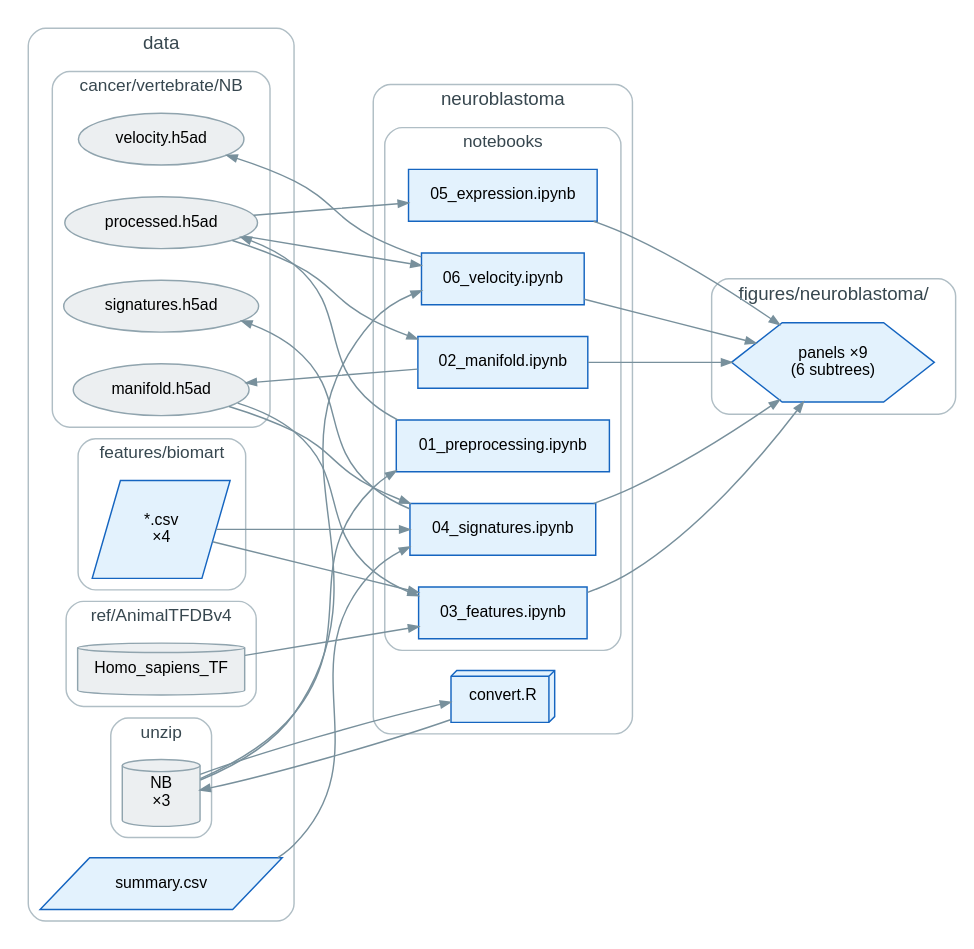
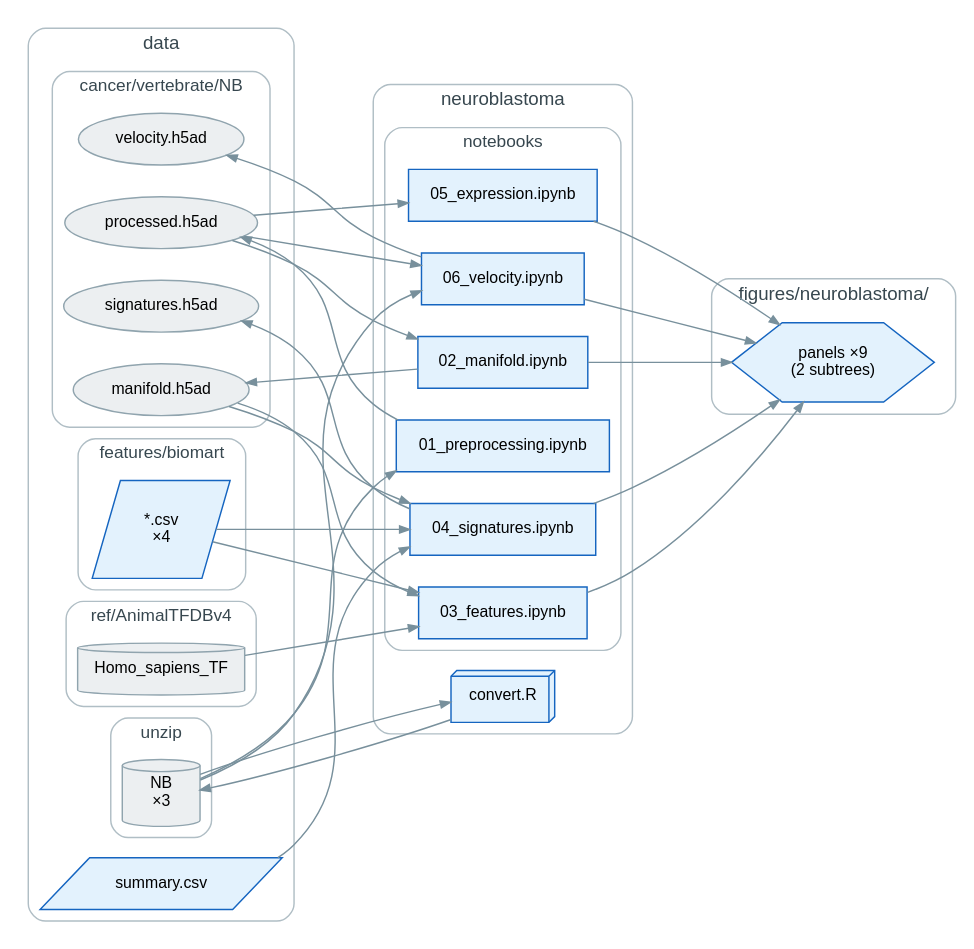
Before and after one commit to calebclayreagor/EMToolbox: the diagram in neuroblastoma/DAG/dot/neuroblastoma.dot, drawn with Graphviz. The commit also changed 15 other files, not shown here.

```diff
--- a/neuroblastoma/DAG/dot/neuroblastoma.dot
+++ b/neuroblastoma/DAG/dot/neuroblastoma.dot
@@ -1,68 +1,68 @@
 digraph G {
   rankdir=LR; splines=spline;
   graph [fontname="Helvetica", fontsize=13, nodesep=0.3, ranksep=1.1];
   node [fontname="Helvetica", fontsize=11, style="filled", margin="0.12,0.07"];
   edge [fontname="Helvetica", fontsize=9, color="#78909c", arrowsize=0.7];
   subgraph cluster_1 {
     label="data"; style="rounded"; color="#b0bec5"; fontsize=13; fontcolor="#37474f";
     n004 [label="summary.csv", shape=parallelogram, fillcolor="#e3f2fd", color="#1565c0", penwidth=1, style="filled"];
     subgraph cluster_2 {
       label="cancer/vertebrate/NB"; style="rounded"; color="#b0bec5"; fontsize=12; fontcolor="#37474f";
       n001 [label="processed.h5ad", shape=ellipse, fillcolor="#eceff1", color="#90a4ae", penwidth=1, style="filled"];
       n000 [label="manifold.h5ad", shape=ellipse, fillcolor="#eceff1", color="#90a4ae", penwidth=1, style="filled"];
       n003 [label="velocity.h5ad", shape=ellipse, fillcolor="#eceff1", color="#90a4ae", penwidth=1, style="filled"];
       n002 [label="signatures.h5ad", shape=ellipse, fillcolor="#eceff1", color="#90a4ae", penwidth=1, style="filled"];
     }
     subgraph cluster_3 {
       label="features/biomart"; style="rounded"; color="#b0bec5"; fontsize=12; fontcolor="#37474f";
       n012 [label="*.csv\n×4", shape=parallelogram, fillcolor="#e3f2fd", color="#1565c0", penwidth=1, style="filled"];
     }
     subgraph cluster_4 {
       label="ref/AnimalTFDBv4"; style="rounded"; color="#b0bec5"; fontsize=12; fontcolor="#37474f";
       n013 [label="Homo_sapiens_TF", shape=cylinder, fillcolor="#eceff1", color="#90a4ae", penwidth=1, style="filled"];
     }
     subgraph cluster_5 {
       label="unzip"; style="rounded"; color="#b0bec5"; fontsize=12; fontcolor="#37474f";
       n014 [label="NB\n×3", shape=cylinder, fillcolor="#eceff1", color="#90a4ae", penwidth=1, style="filled"];
     }
   }
   subgraph cluster_6 {
     label="neuroblastoma"; style="rounded"; color="#b0bec5"; fontsize=13; fontcolor="#37474f";
     n005 [label="convert.R", shape=box3d, fillcolor="#e3f2fd", color="#1565c0", penwidth=1, style="filled"];
     subgraph cluster_7 {
       label="notebooks"; style="rounded"; color="#b0bec5"; fontsize=12; fontcolor="#37474f";
       n006 [label="01_preprocessing.ipynb", shape=box, fillcolor="#e3f2fd", color="#1565c0", penwidth=1, style="filled"];
       n007 [label="02_manifold.ipynb", shape=box, fillcolor="#e3f2fd", color="#1565c0", penwidth=1, style="filled"];
       n010 [label="05_expression.ipynb", shape=box, fillcolor="#e3f2fd", color="#1565c0", penwidth=1, style="filled"];
       n011 [label="06_velocity.ipynb", shape=box, fillcolor="#e3f2fd", color="#1565c0", penwidth=1, style="filled"];
       n008 [label="03_features.ipynb", shape=box, fillcolor="#e3f2fd", color="#1565c0", penwidth=1, style="filled"];
       n009 [label="04_signatures.ipynb", shape=box, fillcolor="#e3f2fd", color="#1565c0", penwidth=1, style="filled"];
     }
   }
   subgraph cluster_fig {
     label="figures/neuroblastoma/"; style="rounded"; color="#b0bec5"; fontsize=13; fontcolor="#37474f";
-    FIG [label="panels ×9\n(6 subtrees)", shape=hexagon, style=filled, fillcolor="#e3f2fd", color="#1565c0"];
+    FIG [label="panels ×9\n(2 subtrees)", shape=hexagon, style=filled, fillcolor="#e3f2fd", color="#1565c0"];
   }
   n014 -> n005;
   n005 -> n014;
   n014 -> n006;
   n006 -> n001;
   n001 -> n007;
   n007 -> n000;
   n007 -> FIG;
   n000 -> n008;
   n012 -> n008;
   n013 -> n008;
   n008 -> FIG;
   n000 -> n009;
   n012 -> n009;
   n004 -> n009;
   n009 -> n002;
   n009 -> FIG;
   n001 -> n010;
   n010 -> FIG;
   n001 -> n011;
   n014 -> n011;
   n011 -> n003;
   n011 -> FIG;
 }
```
